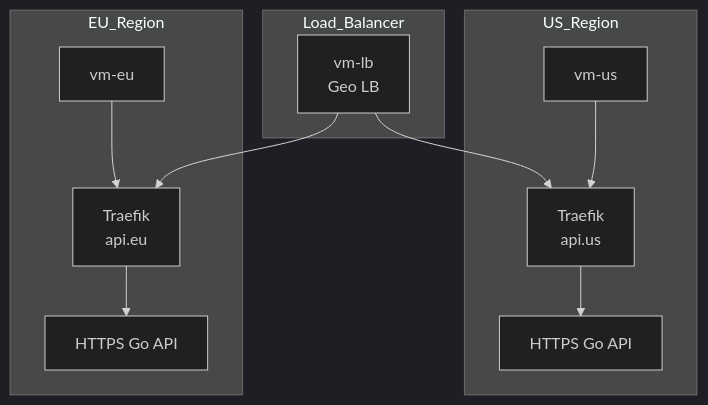
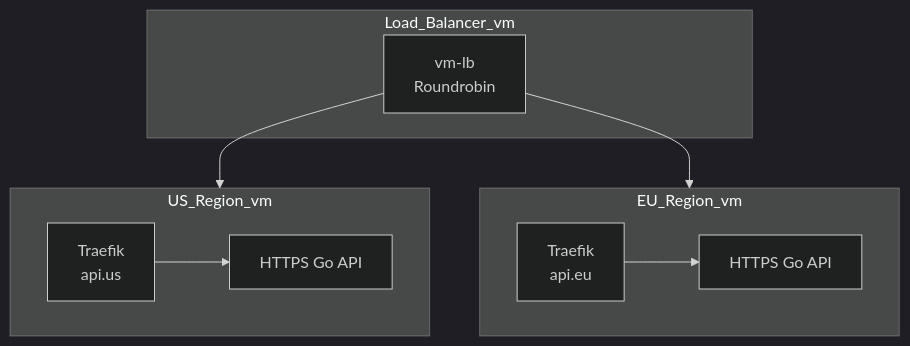
The first of 3 diagrams in README.md (thomas-mauran/demo-traefik), drawn with Mermaid (dark theme) before and after one commit. The commit also changed other lines of this file and 11 other files, not shown here.

````diff
--- a/README.md
+++ b/README.md
@@ -33,25 +33,26 @@
 ```mermaid
 graph TD
-    subgraph US_Region
-        VMUS[vm-us]
+    %% US Region
+    subgraph US_Region_vm
         TRAEFIKUS[Traefik<br>api.us]
         FOOBARUS[HTTPS Go API]
-        VMUS --> TRAEFIKUS
         TRAEFIKUS --> FOOBARUS
     end
 
-    subgraph EU_Region
-        VMEU[vm-eu]
+    %% EU Region
+    subgraph EU_Region_vm
         TRAEFIKEU[Traefik<br>api.eu]
         FOOBAREU[HTTPS Go API]
-        VMEU --> TRAEFIKEU
         TRAEFIKEU --> FOOBAREU
     end
 
-    subgraph Load_Balancer
-        VMLB[vm-lb<br>Geo LB]
+    %% Load Balancer
+    subgraph Load_Balancer_vm
+        VMLB[vm-lb<br>Roundrobin]
     end
 
-    VMLB --> TRAEFIKUS
-    VMLB --> TRAEFIKEU
+    %% Link to representative nodes in subgraphs
+    VMLB --> US_Region_vm
+    VMLB --> EU_Region_vm
+
 ```
````
